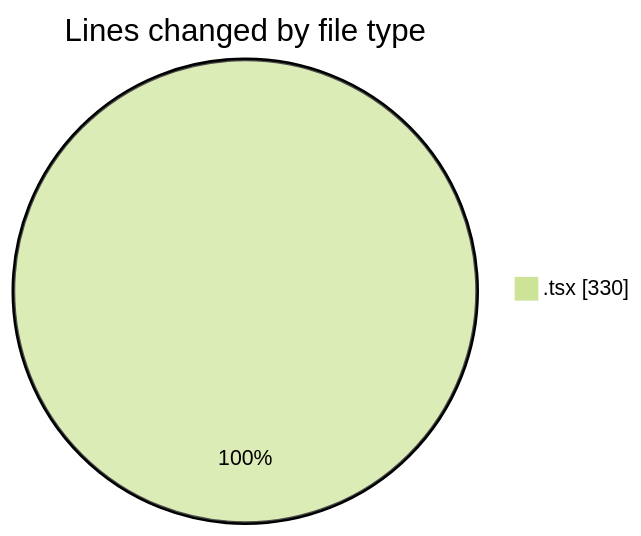
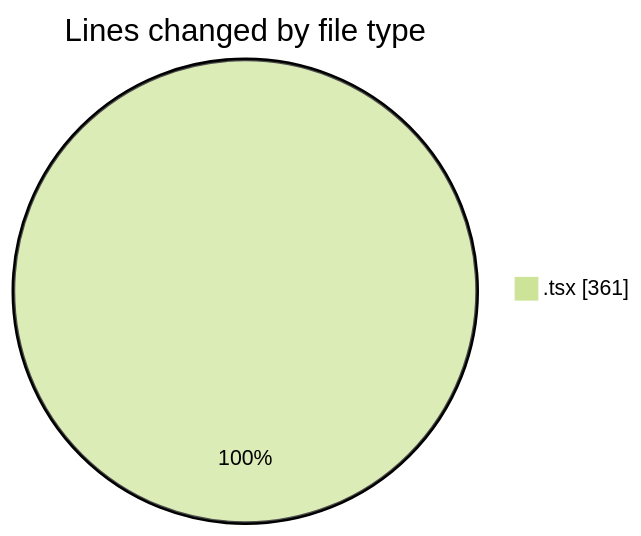
Before and after one commit to momahboobian/code-tracking: the first of 2 diagrams in 2025-11-26/cda/README.md, drawn with Mermaid (forest theme). The commit also changed other lines of this file and 1 other file, not shown here.

````diff
--- a/2025-11-26/cda/README.md
+++ b/2025-11-26/cda/README.md
@@ -20,5 +20,5 @@
 ```mermaid
 pie showData
 title Lines changed by file type
-".tsx" : 330
+".tsx" : 361
 ```
````
